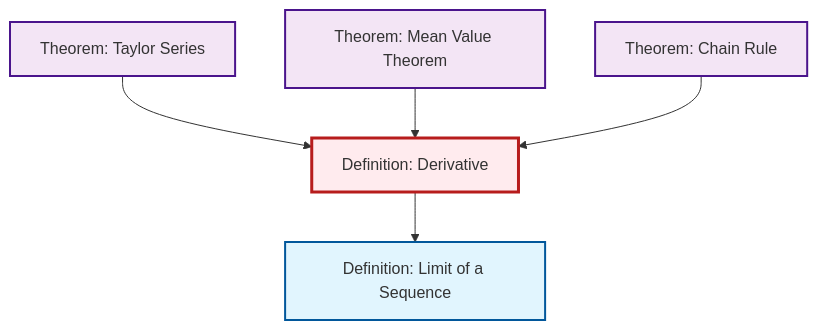
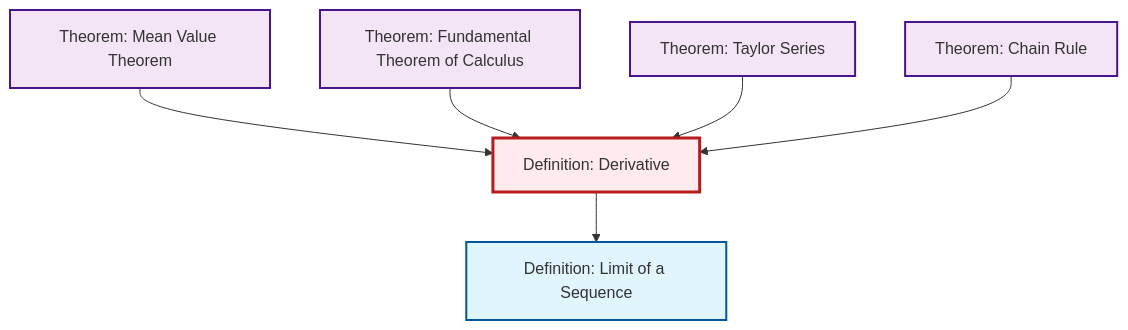
The second of 2 diagrams in content/ja/analysis/def-derivative.qmd (RK0429/ModernMath), drawn with Mermaid before and after one commit. The commit also changed 531 other files, not shown here.

````diff
--- a/content/ja/analysis/def-derivative.qmd
+++ b/content/ja/analysis/def-derivative.qmd
@@ -89,23 +89,26 @@
 ```{mermaid}
 %%| fig-cap: "Local dependency graph"
 graph TD
     classDef definition fill:#e1f5fe,stroke:#01579b,stroke-width:2px
     classDef theorem fill:#f3e5f5,stroke:#4a148c,stroke-width:2px
     classDef axiom fill:#fff3e0,stroke:#e65100,stroke-width:2px
     classDef example fill:#e8f5e9,stroke:#1b5e20,stroke-width:2px
     classDef current fill:#ffebee,stroke:#b71c1c,stroke-width:3px
+    thm-mean-value["Theorem: Mean Value Theorem"]:::theorem
     def-limit["Definition: Limit of a Sequence"]:::definition
-    thm-mean-value["Theorem: Mean Value Theorem"]:::theorem
+    thm-chain-rule["Theorem: Chain Rule"]:::theorem
     def-derivative["Definition: Derivative"]:::definition
-    thm-chain-rule["Theorem: Chain Rule"]:::theorem
     thm-taylor-series["Theorem: Taylor Series"]:::theorem
+    thm-fundamental-calculus["Theorem: Fundamental Theorem of Calculus"]:::theorem
+    thm-mean-value --> def-derivative
+    def-derivative --> def-limit
+    thm-fundamental-calculus --> def-derivative
     thm-taylor-series --> def-derivative
-    thm-mean-value --> def-derivative
     thm-chain-rule --> def-derivative
-    def-derivative --> def-limit
     class def-derivative current
+    click thm-mean-value "thm-mean-value.html" "Theorem: Mean Value Theoremへ"
     click def-limit "def-limit.html" "Definition: Limit of a Sequenceへ"
-    click thm-mean-value "thm-mean-value.html" "Theorem: Mean Value Theoremへ"
     click thm-chain-rule "thm-chain-rule.html" "Theorem: Chain Ruleへ"
     click thm-taylor-series "thm-taylor-series.html" "Theorem: Taylor Seriesへ"
+    click thm-fundamental-calculus "thm-fundamental-calculus.html" "Theorem: Fundamental Theorem of Calculusへ"
 ```
````
